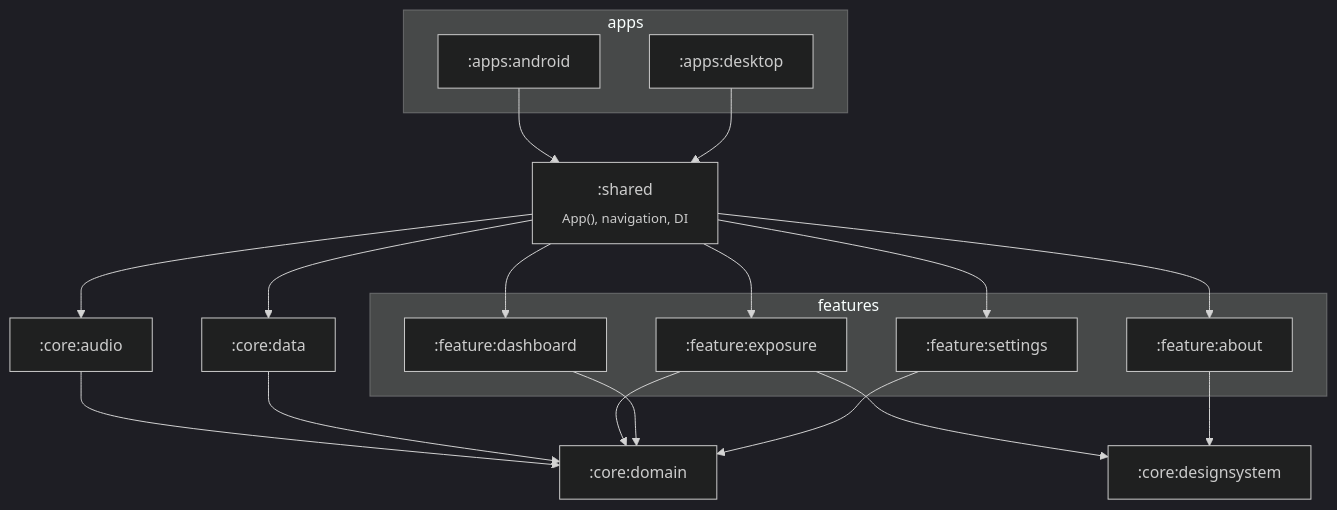
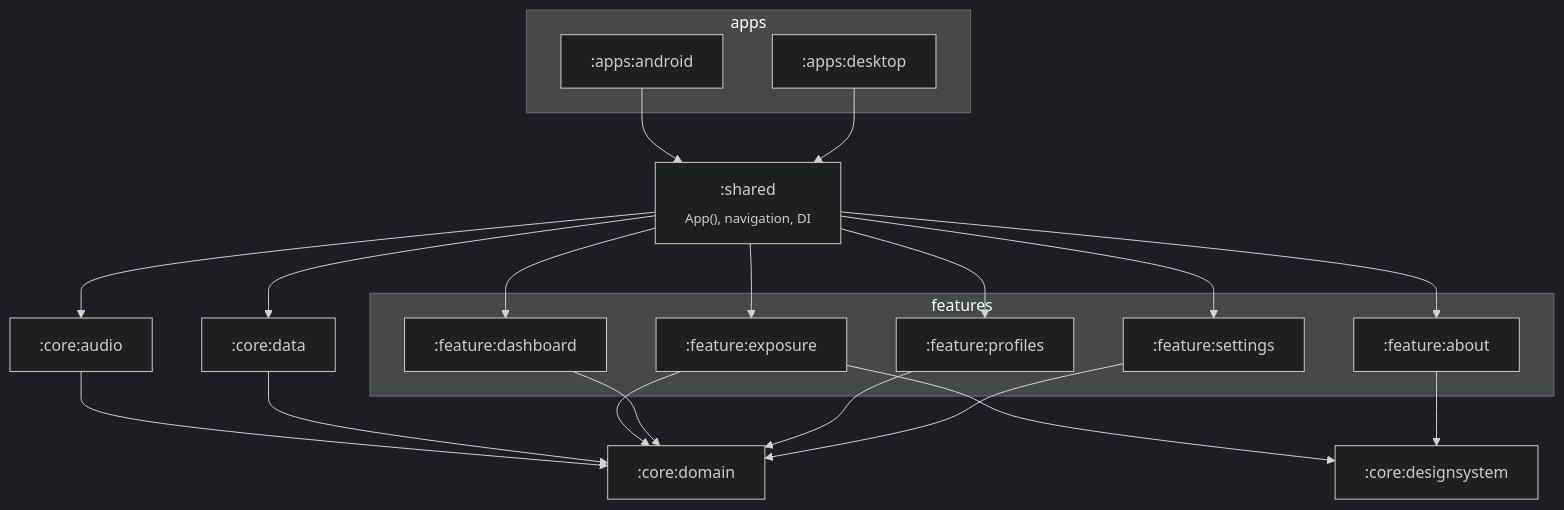
The first of 2 diagrams in docs/architecture.md (JeanCarloLond/WHLambda), drawn with Mermaid (dark theme) before and after one commit. The commit also changed other lines of this file and 2 other files, not shown here.

Commit message:
📝 docs: describe listening profiles and the profile limit rule

````diff
--- a/docs/architecture.md
+++ b/docs/architecture.md
@@ -10,33 +10,36 @@
 ```mermaid
 flowchart TB
     subgraph apps
         android[":apps:android"]
         desktop[":apps:desktop"]
     end
     shared[":shared<br/><sub>App(), navigation, DI</sub>"]
     subgraph features
         dashboard[":feature:dashboard"]
         exposure[":feature:exposure"]
+        profiles[":feature:profiles"]
         settings[":feature:settings"]
         about[":feature:about"]
     end
     designsystem[":core:designsystem"]
     domain[":core:domain"]
     data[":core:data"]
 
     android --> shared
     desktop --> shared
     shared --> dashboard
     shared --> exposure
+    shared --> profiles
     shared --> settings
     shared --> about
     shared --> data
     shared --> audio[":core:audio"]
     audio --> domain
     data --> domain
     exposure --> designsystem
     exposure --> domain
     dashboard --> domain
+    profiles --> domain
     settings --> domain
     about --> designsystem
 ```
````
